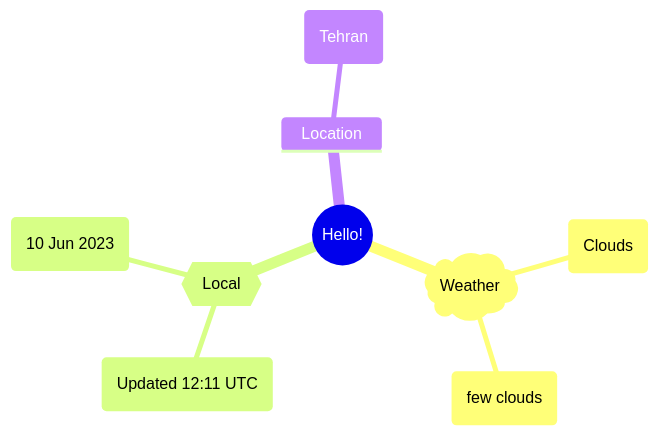
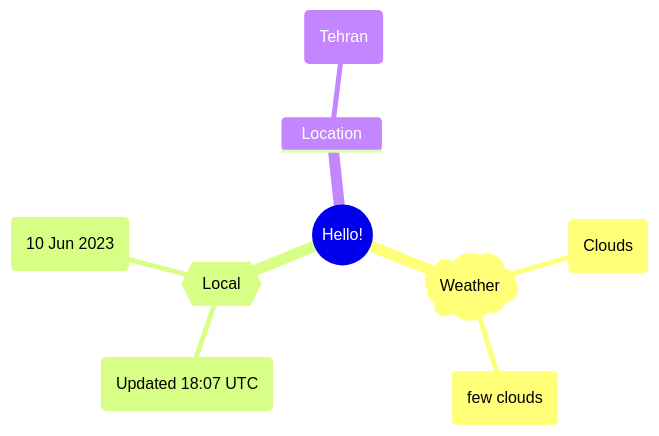
Before and after one commit to Xosrov/Xosrov: the first of 2 diagrams in README.md, drawn with Mermaid.

Commit message:
[bot] updated images

````diff
--- a/README.md
+++ b/README.md
@@ -3,12 +3,12 @@
 ```mermaid
 mindmap
   root((Hello!))
     )Weather(
         (Clouds)
         (few clouds)
     {{Local}}
-        (Updated 12:11 UTC)
+        (Updated 18:07 UTC)
         (10 Jun 2023)
     Location
         (Tehran)
 ```
````
